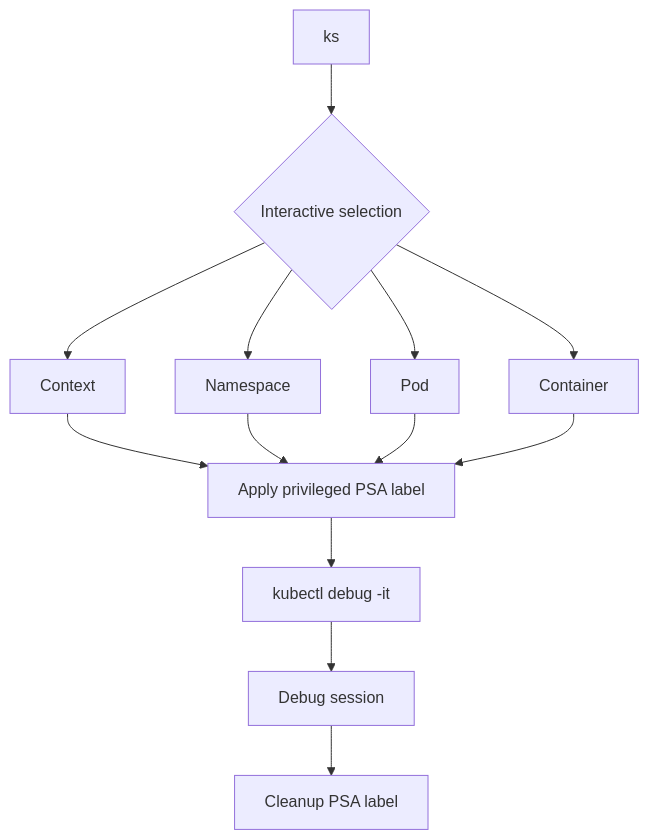
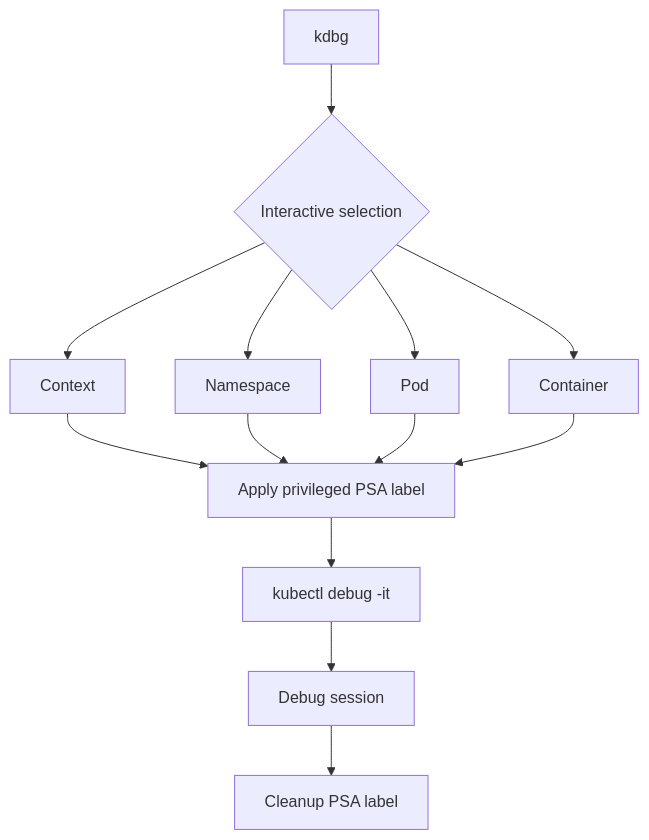
The diagram in ks/README.md (obeone/scripts), drawn with Mermaid before and after one commit. The commit also changed other lines of this file, not shown here.

Commit message:
docs: update README for kdbg rename and PyPI install

````diff
--- a/ks/README.md
+++ b/ks/README.md
@@ -11,12 +12,12 @@
 ```mermaid
 flowchart TB
-    A[ks] --> B{Interactive selection}
+    A[kdbg] --> B{Interactive selection}
     B --> C[Context]
     B --> D[Namespace]
     B --> E[Pod]
     B --> F[Container]
     C & D & E & F --> G[Apply privileged PSA label]
     G --> H[kubectl debug -it]
     H --> I[Debug session]
     I --> J[Cleanup PSA label]
 ```
````
